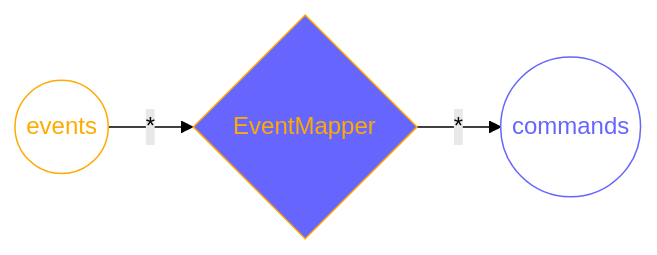
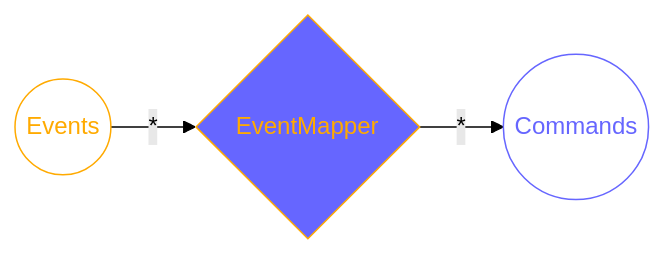
Before and after one commit to ReventlessDev/reventless-core: the third of 4 diagrams in packages/doc/docs/reventless-components-overview.md, drawn with Mermaid (forest theme). The commit also changed other lines of this file, not shown here.

````diff
--- a/packages/doc/docs/reventless-components-overview.md
+++ b/packages/doc/docs/reventless-components-overview.md
@@ -54,10 +54,10 @@
 ```mermaid
 graph LR
-    events((events)):::event -->|*| EventMapper{EventMapper}:::eventmapper -->|*| commands((commands)):::command
+    Events((Events)):::Event -->|*| EventMapper{EventMapper}:::Eventmapper -->|*| Commands((Commands)):::Command
 
-    classDef command stroke:#66f,color:#66f,fill:none;
-    classDef event stroke:#fa0,color:#fa0,fill:none;
+    classDef Command stroke:#66f,color:#66f,fill:none;
+    classDef Event stroke:#fa0,color:#fa0,fill:none;
     classDef aggregate fill:#ff6,stroke:#333,color:#333;
     classDef readmodel fill:#9c5,stroke:#333,color:#333;
-    classDef eventmapper fill:#66f,color:#fa0,stroke:#fa0;
+    classDef Eventmapper fill:#66f,color:#fa0,stroke:#fa0;
 ```
````
